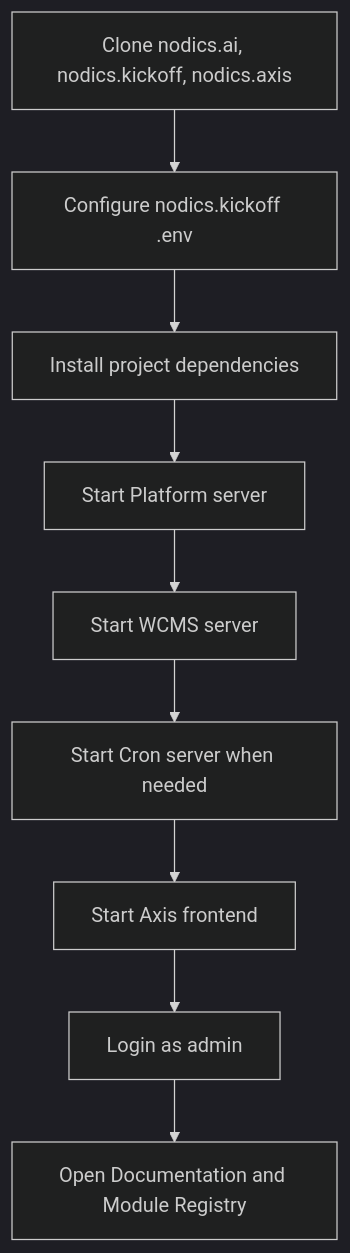
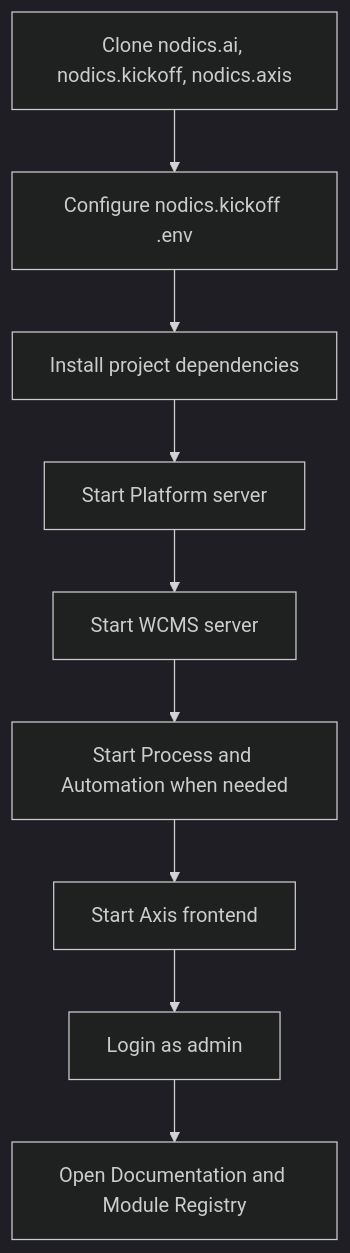
One commit to Nodics/nodics.ai changed the fourth of 4 diagrams in README.md. Above: the diagram before and after it, drawn with Mermaid (dark theme). The commit also changed other lines of this file and 43 other files, not shown here.

````diff
--- a/README.md
+++ b/README.md
@@ -341,11 +336,11 @@
 ```mermaid
 flowchart TD
   Clone["Clone nodics.ai, nodics.kickoff, nodics.axis"] --> Configure["Configure nodics.kickoff .env"]
   Configure --> Install["Install project dependencies"]
   Install --> Platform["Start Platform server"]
   Platform --> WCMS["Start WCMS server"]
-  WCMS --> Cron["Start Cron server when needed"]
-  Cron --> Axis["Start Axis frontend"]
+  WCMS --> Process["Start Process and Automation when needed"]
+  Process --> Axis["Start Axis frontend"]
   Axis --> Login["Login as admin"]
   Login --> Docs["Open Documentation and Module Registry"]
 ```
````
